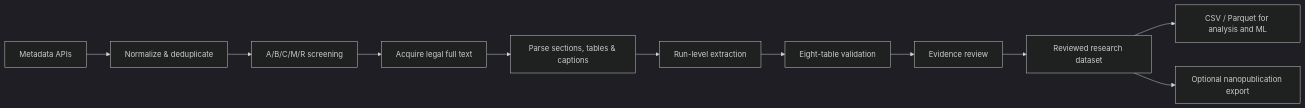
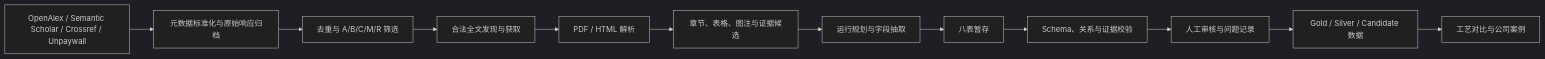
One commit to edwardwwwy/CNT-PatSight changed the diagram in README.md. Above: the diagram before and after it, drawn with Mermaid (dark theme). The commit also changed other lines of this file, not shown here.

````diff
--- a/README.md
+++ b/README.md
@@ -261,13 +87,14 @@
 ```mermaid
 flowchart LR
-    A[Metadata APIs] --> B[Normalize & deduplicate]
-    B --> C[A/B/C/M/R screening]
-    C --> D[Acquire legal full text]
-    D --> E[Parse sections, tables & captions]
-    E --> F[Run-level extraction]
-    F --> G[Eight-table validation]
-    G --> H[Evidence review]
-    H --> I[Reviewed research dataset]
-    I --> J[CSV / Parquet for analysis and ML]
-    I --> K[Optional nanopublication export]
+    A["OpenAlex / Semantic Scholar / Crossref / Unpaywall"] --> B["元数据标准化与原始响应归档"]
+    B --> C["去重与 A/B/C/M/R 筛选"]
+    C --> D["合法全文发现与获取"]
+    D --> E["PDF / HTML 解析"]
+    E --> F["章节、表格、图注与证据候选"]
+    F --> G["运行规划与字段抽取"]
+    G --> H["八表暂存"]
+    H --> I["Schema、关系与证据校验"]
+    I --> J["人工审核与问题记录"]
+    J --> K["Gold / Silver / Candidate 数据"]
+    K --> L["工艺对比与公司案例"]
 ```
````
